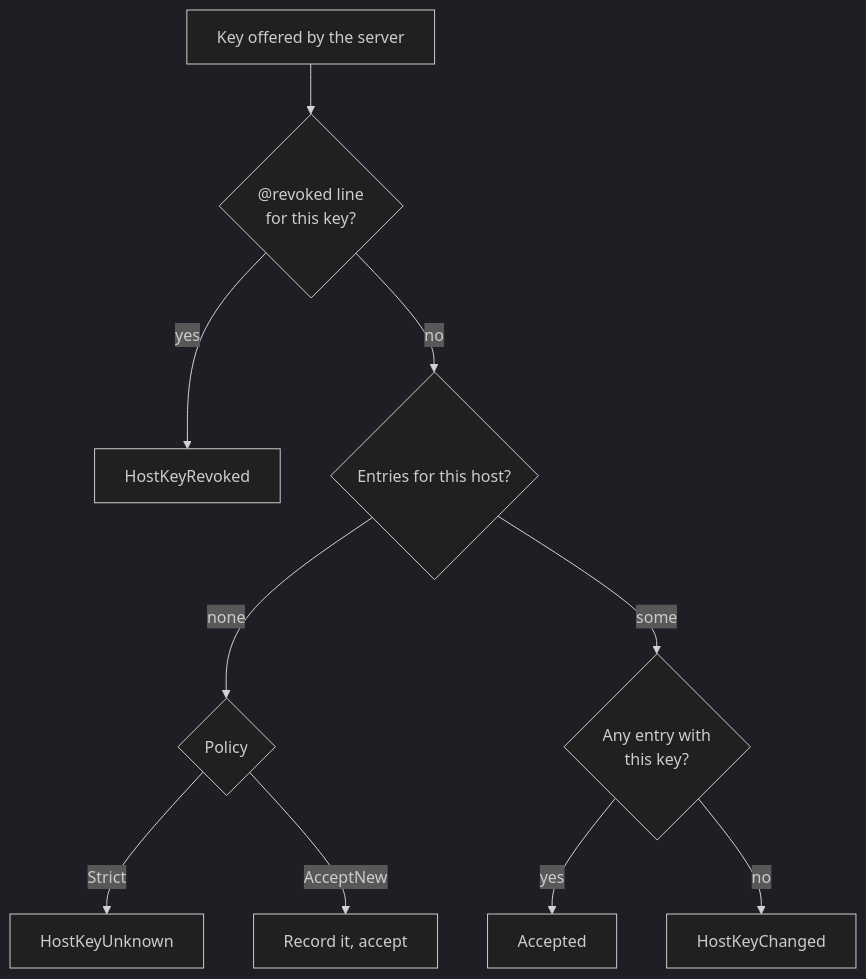
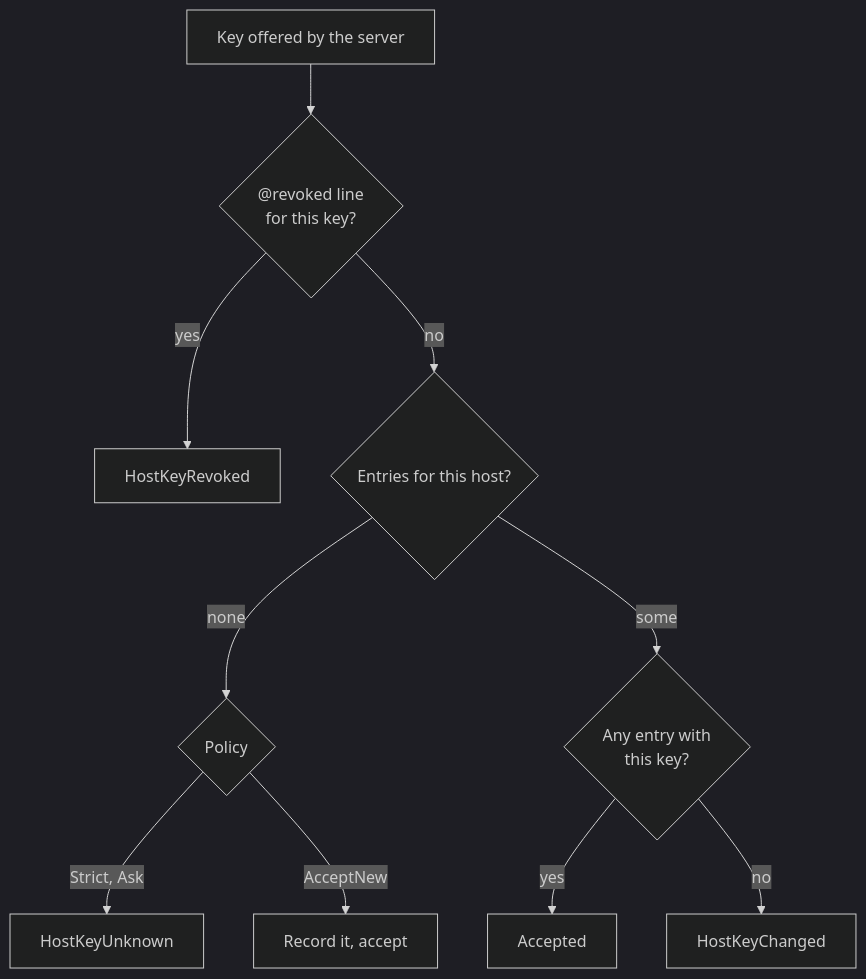
The third of 6 diagrams in docs/architecture/connecting.md (bwks/jato-lib), drawn with Mermaid (dark theme) before and after one commit. The commit also changed other lines of this file and 25 other files, not shown here.

First line of the commit message:
feat: host key questions, a prompt cache and a terminal feature

````diff
--- a/docs/architecture/connecting.md
+++ b/docs/architecture/connecting.md
@@ -132,12 +152,12 @@
 ```mermaid
 flowchart TD
     key[Key offered by the server] --> revoked{"@revoked line<br/>for this key?"}
     revoked -->|yes| Revoked[HostKeyRevoked]
     revoked -->|no| entries{"Entries for this host?"}
     entries -->|none| unknown{Policy}
     entries -->|some| match{"Any entry with<br/>this key?"}
     match -->|yes| Known[Accepted]
     match -->|no| Changed[HostKeyChanged]
-    unknown -->|Strict| Unknown[HostKeyUnknown]
+    unknown -->|Strict, Ask| Unknown[HostKeyUnknown]
     unknown -->|AcceptNew| Record[Record it, accept]
 ```
````
